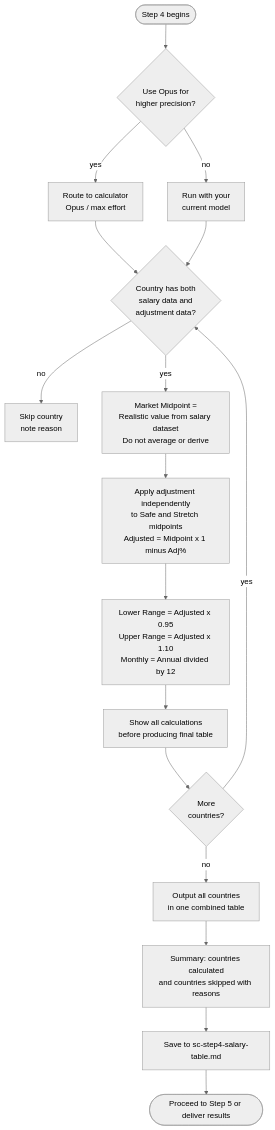
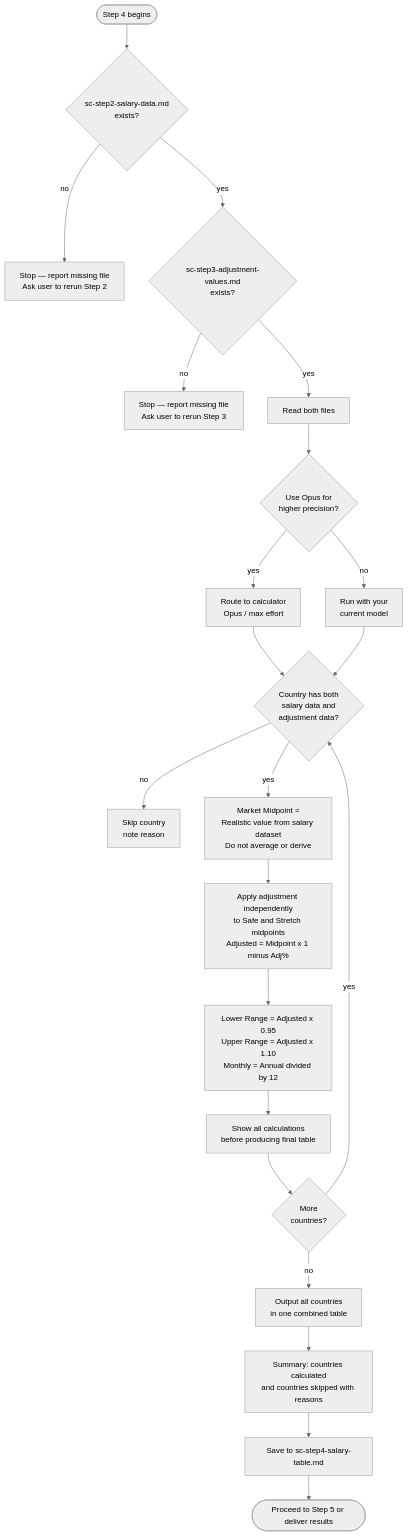
Before and after one commit to myowinthein/agent-compass: the diagram in docs/commands/salary-calculator/step4-final-table-calculation.md, drawn with Mermaid (neutral theme). The commit also changed other lines of this file and 5 other files, not shown here.

First line of the commit message:
feat(salary-calculator): add file persistence for SC step2 salary data

````diff
--- a/docs/commands/salary-calculator/step4-final-table-calculation.md
+++ b/docs/commands/salary-calculator/step4-final-table-calculation.md
@@ -14,19 +14,24 @@
 ```mermaid
 flowchart TD
-  Start([Step 4 begins]) --> OpusQ{Use Opus for\nhigher precision?}
+  Start([Step 4 begins]) --> FC1{sc-step2-salary-data.md\nexists?}
+  FC1 -->|no| Err1[Stop — report missing file\nAsk user to rerun Step 2]
+  FC1 -->|yes| FC2{sc-step3-adjustment-values.md\nexists?}
+  FC2 -->|no| Err2[Stop — report missing file\nAsk user to rerun Step 3]
+  FC2 -->|yes| ReadFiles[Read both files]
+  ReadFiles --> OpusQ{Use Opus for\nhigher precision?}
   OpusQ -->|yes| CalcAgent[Route to calculator\nOpus / max effort]
   OpusQ -->|no| CurrentModel[Run with your\ncurrent model]
   CalcAgent --> Check
   CurrentModel --> Check{Country has both\nsalary data and\nadjustment data?}
   Check -->|no| Skip[Skip country\nnote reason]
   Check -->|yes| Midpoint[Market Midpoint =\nRealistic value from salary dataset\nDo not average or derive]
   Midpoint --> Calc[Apply adjustment independently\nto Safe and Stretch midpoints\nAdjusted = Midpoint x 1 minus Adj%]
   Calc --> Range[Lower Range = Adjusted x 0.95\nUpper Range = Adjusted x 1.10\nMonthly = Annual divided by 12]
   Range --> ShowWork[Show all calculations\nbefore producing final table]
   ShowWork --> More{More\ncountries?}
   More -->|yes| Check
   More -->|no| Table[Output all countries\nin one combined table]
   Table --> Summary[Summary: countries calculated\nand countries skipped with reasons]
   Summary --> Save[Save to sc-step4-salary-table.md]
   Save --> Done([Proceed to Step 5 or deliver results])
 ```
````
